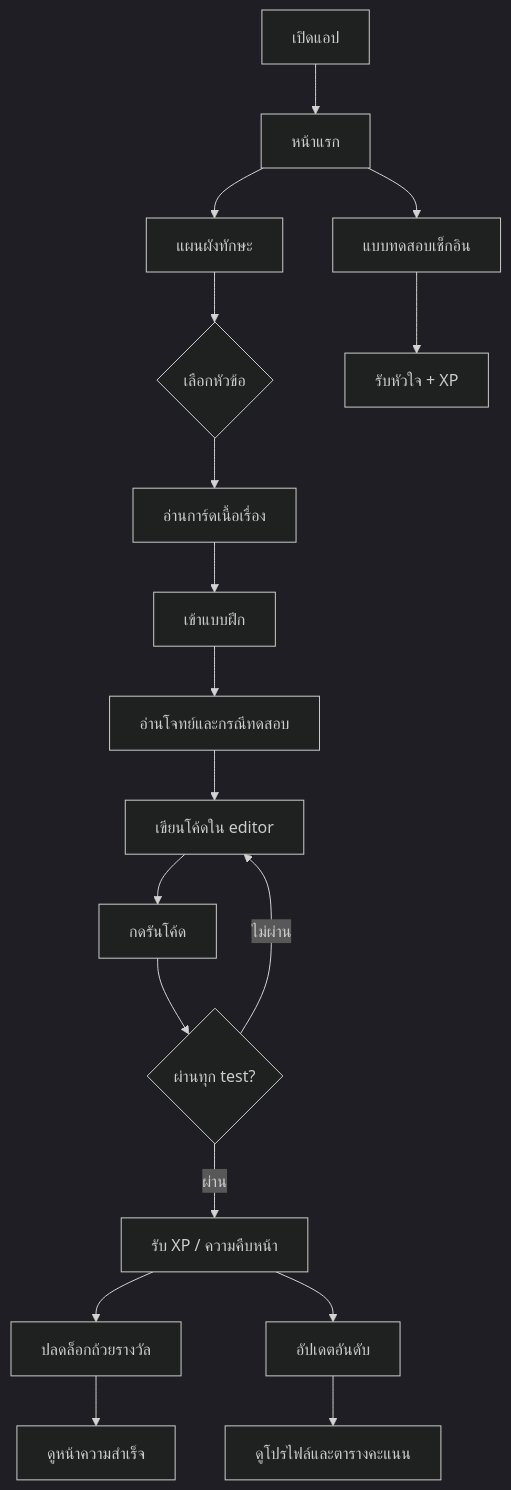
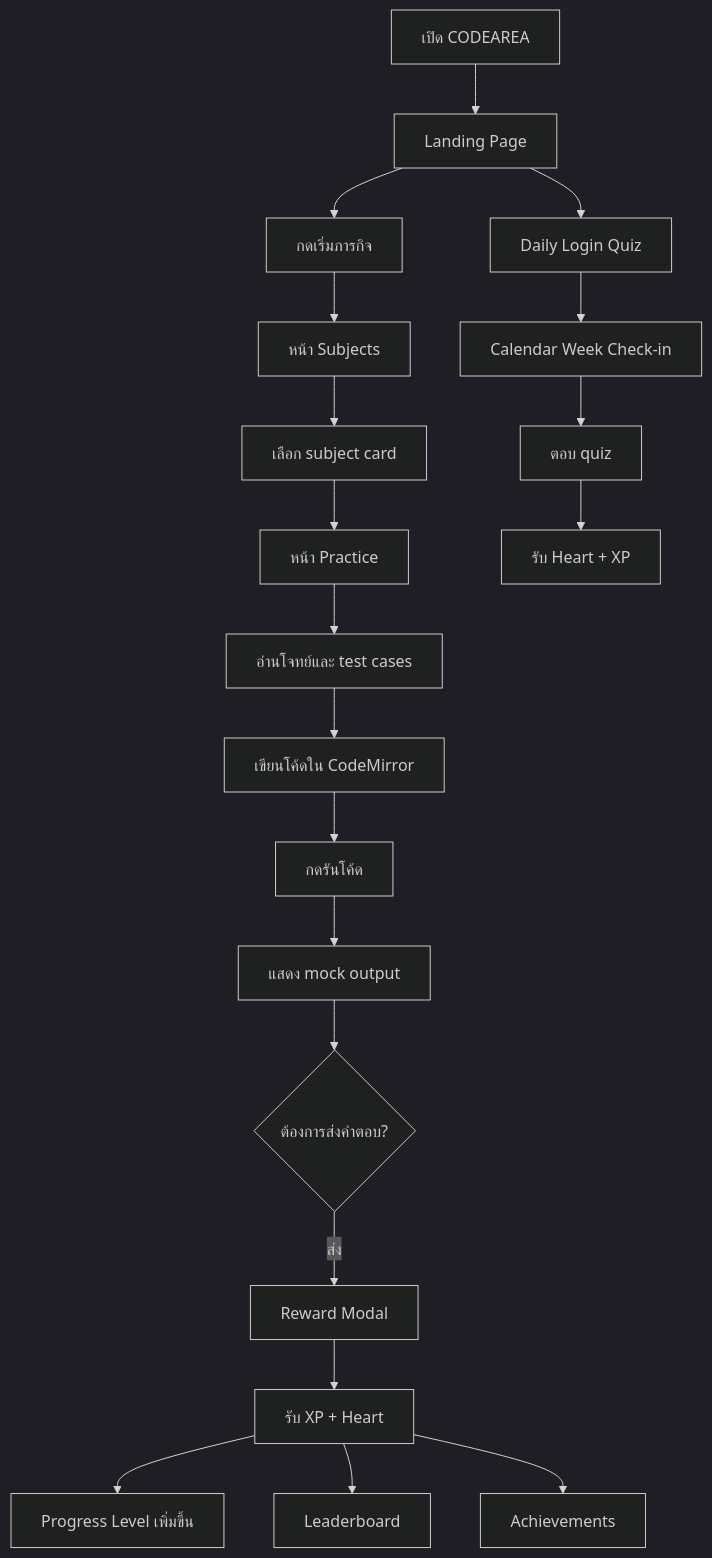
The diagram in README.md (raksitbell/codearea), drawn with Mermaid (dark theme) before and after one commit. The commit also changed other lines of this file and 4 other files, not shown here.

````diff
--- a/README.md
+++ b/README.md
@@ -61,20 +78,22 @@
 ```mermaid
 flowchart TD
-  A["เปิดแอป"] --> B["หน้าแรก"]
-  B --> C["แผนผังทักษะ"]
-  C --> D{"เลือกหัวข้อ"}
-  D --> E["อ่านการ์ดเนื้อเรื่อง"]
-  E --> F["เข้าแบบฝึก"]
-  F --> G["อ่านโจทย์และกรณีทดสอบ"]
-  G --> H["เขียนโค้ดใน editor"]
+  A["เปิด CODEAREA"] --> B["Landing Page"]
+  B --> C["กดเริ่มภารกิจ"]
+  C --> D["หน้า Subjects"]
+  D --> E["เลือก subject card"]
+  E --> F["หน้า Practice"]
+  F --> G["อ่านโจทย์และ test cases"]
+  G --> H["เขียนโค้ดใน CodeMirror"]
   H --> I["กดรันโค้ด"]
-  I --> J{"ผ่านทุก test?"}
-  J -- "ผ่าน" --> K["รับ XP / ความคืบหน้า"]
-  J -- "ไม่ผ่าน" --> H
-  K --> L["ปลดล็อกถ้วยรางวัล"]
-  K --> M["อัปเดตอันดับ"]
-  B --> N["แบบทดสอบเช็กอิน"]
-  N --> O["รับหัวใจ + XP"]
-  M --> P["ดูโปรไฟล์และตารางคะแนน"]
-  L --> Q["ดูหน้าความสำเร็จ"]
+  I --> J["แสดง mock output"]
+  J --> K{"ต้องการส่งคำตอบ?"}
+  K -- "ส่ง" --> L["Reward Modal"]
+  L --> M["รับ XP + Heart"]
+  M --> N["Progress Level เพิ่มขึ้น"]
+  B --> O["Daily Login Quiz"]
+  O --> P["Calendar Week Check-in"]
+  P --> Q["ตอบ quiz"]
+  Q --> R["รับ Heart + XP"]
+  M --> S["Leaderboard"]
+  M --> T["Achievements"]
 ```
````
